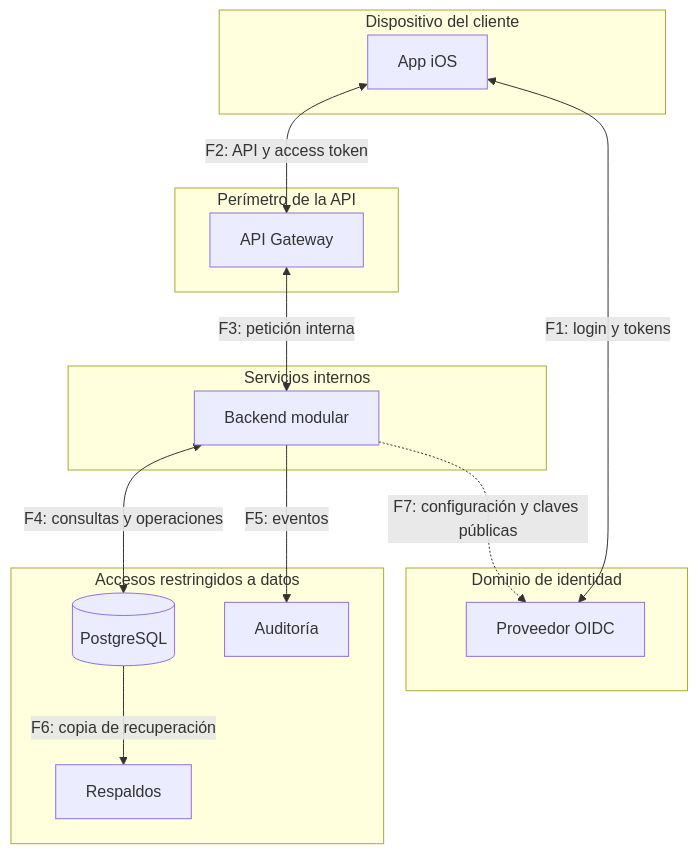
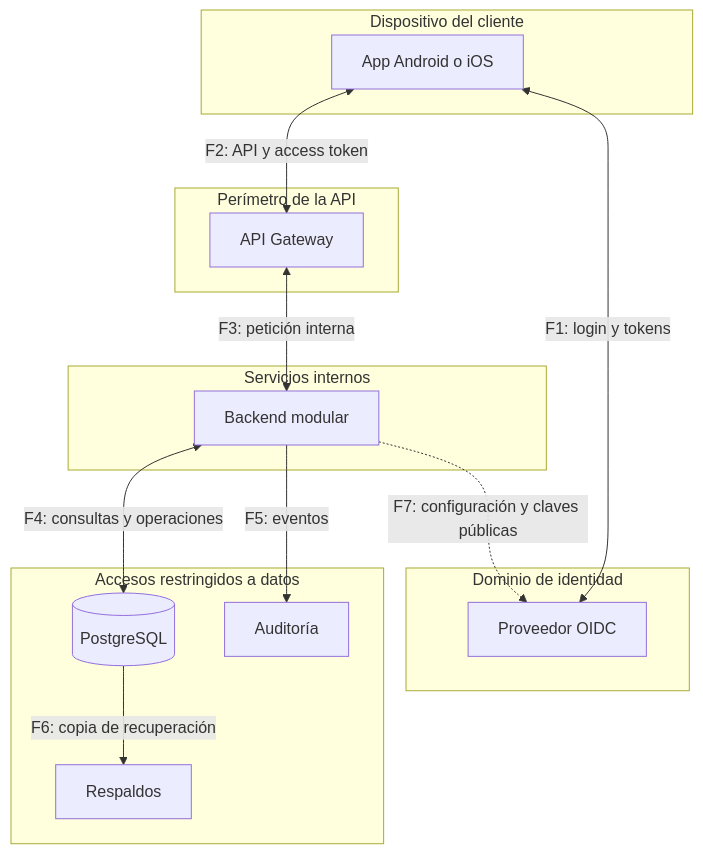
Before and after one commit to TheKhadaJhin/arquitectura-bancaria: the diagram in 05-threat-model.md, drawn with Mermaid. The commit also changed other lines of this file, not shown here.

````diff
--- a/05-threat-model.md
+++ b/05-threat-model.md
@@ -19,27 +21,27 @@
 ```mermaid
 flowchart TB
     subgraph DISPOSITIVO["Dispositivo del cliente"]
-        APP["App iOS"]
+        APP["App Android o iOS"]
     end
     subgraph IDENTIDAD["Dominio de identidad"]
         IDP["Proveedor OIDC"]
     end
     subgraph ENTRADA["Perímetro de la API"]
         GW["API Gateway"]
     end
     subgraph SERVICIOS["Servicios internos"]
         BE["Backend modular"]
     end
     subgraph DATOS["Accesos restringidos a datos"]
         DB[("PostgreSQL")]
         AUD["Auditoría"]
         COPIAS["Respaldos"]
     end
     APP <-->|"F1: login y tokens"| IDP
     APP <-->|"F2: API y access token"| GW
     GW <-->|"F3: petición interna"| BE
     BE <-->|"F4: consultas y operaciones"| DB
     BE -->|"F5: eventos"| AUD
     DB -->|"F6: copia de recuperación"| COPIAS
     BE -.->|"F7: configuración y claves públicas"| IDP
 ```
````
